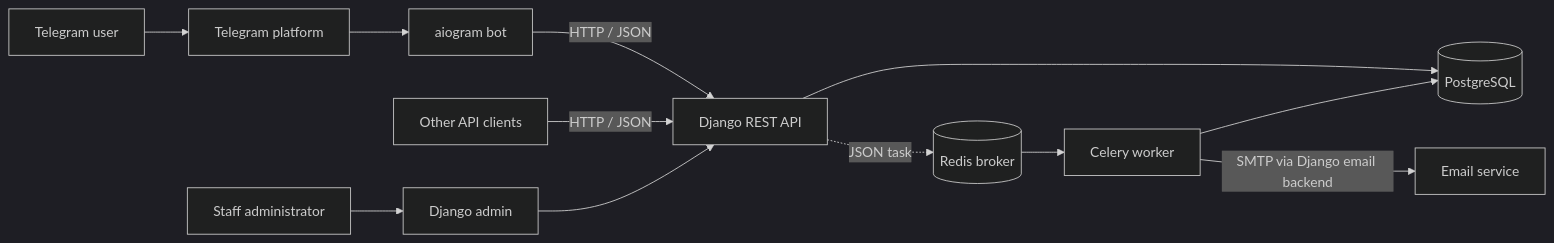
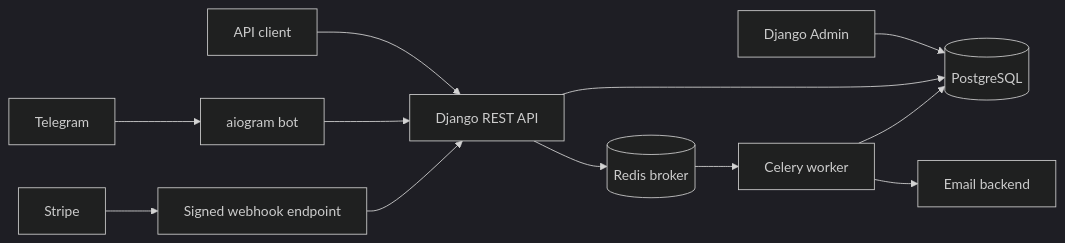
Before and after one commit to vladyslav-fdnk/ludora: the first of 4 diagrams in docs/ARCHITECTURE.md, drawn with Mermaid (dark theme). The commit also changed other lines of this file and 5 other files, not shown here.

Commit message:
Refresh project documentation and architecture

````diff
--- a/docs/ARCHITECTURE.md
+++ b/docs/ARCHITECTURE.md
@@ -111,14 +9,14 @@
 ```mermaid
 flowchart LR
-    TU[Telegram user] --> TG[Telegram platform]
-    TG --> BOT[aiogram bot]
-    BOT -->|HTTP / JSON| API[Django REST API]
-    WC[Other API clients] -->|HTTP / JSON| API
-    SA[Staff administrator] --> ADMIN[Django admin]
-    ADMIN --> API
-    API --> DB[(PostgreSQL)]
-    API -.->|JSON task| REDIS[(Redis broker)]
-    REDIS --> WORKER[Celery worker]
-    WORKER --> DB
-    WORKER -->|SMTP via Django email backend| EMAIL[Email service]
+    Client[API client] --> API[Django REST API]
+    Telegram[Telegram] --> Bot[aiogram bot]
+    Bot --> API
+    Admin[Django Admin] --> DB[(PostgreSQL)]
+    API --> DB
+    API --> Redis[(Redis broker)]
+    Redis --> Worker[Celery worker]
+    Worker --> DB
+    Worker --> Email[Email backend]
+    Stripe[Stripe] --> Webhook[Signed webhook endpoint]
+    Webhook --> API
 ```
````
